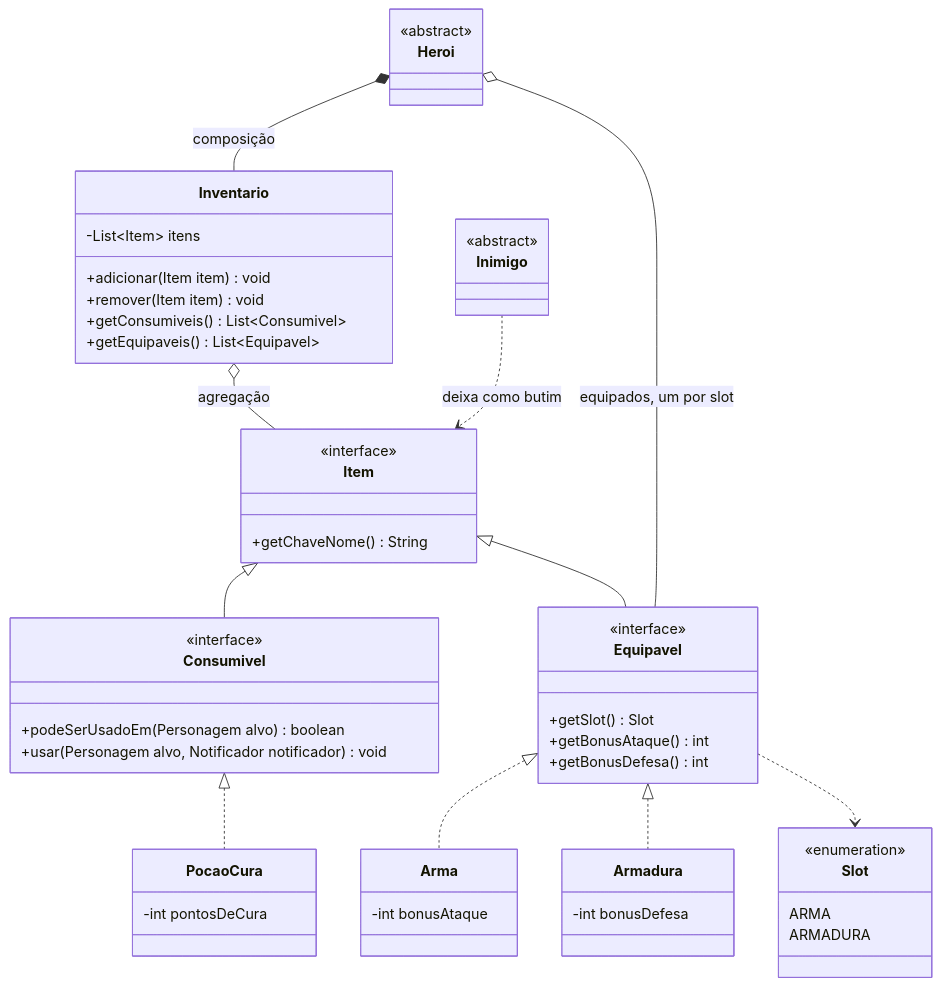
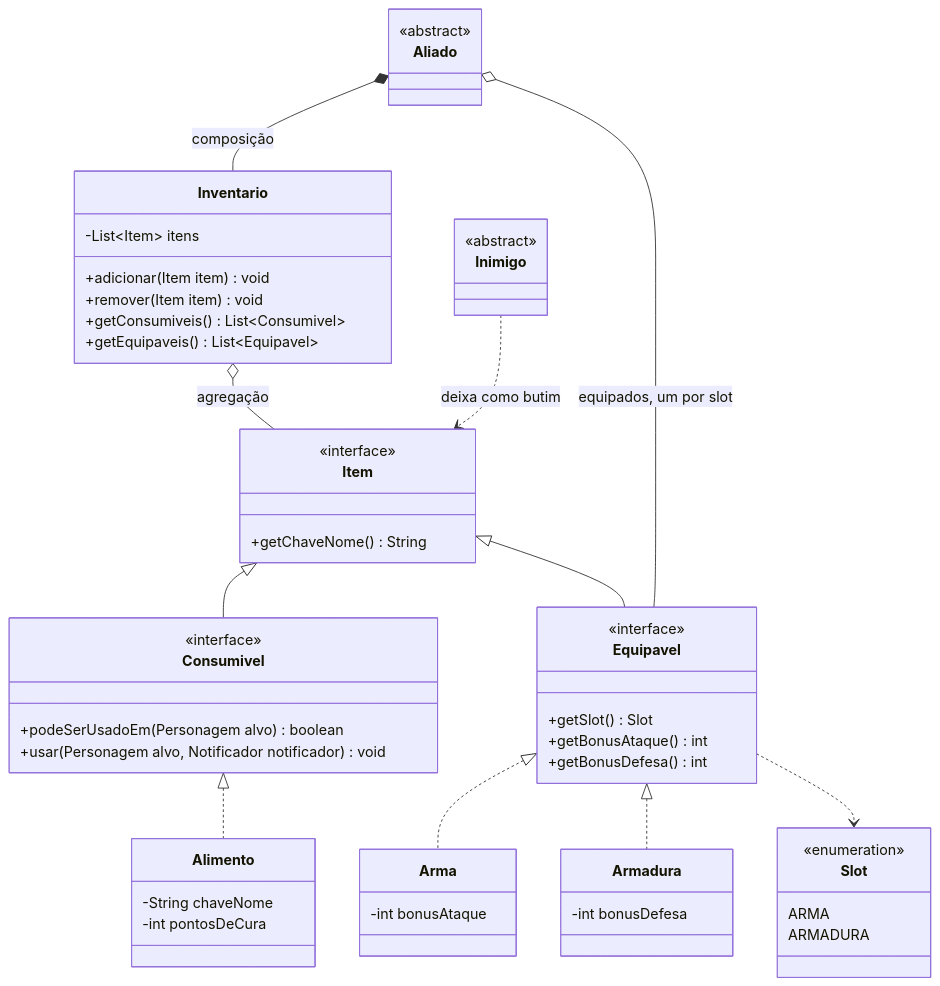
The second of 3 diagrams in README.md (KauaQueirz/meu-rpg-solid), drawn with Mermaid before and after one commit. The commit also changed other lines of this file and 36 other files, not shown here.

````diff
--- a/README.md
+++ b/README.md
@@ -177,56 +234,57 @@
 ```mermaid
 classDiagram
     class Item {
         <<interface>>
         +getChaveNome() String
     }
     class Consumivel {
         <<interface>>
         +podeSerUsadoEm(Personagem alvo) boolean
         +usar(Personagem alvo, Notificador notificador) void
     }
     class Equipavel {
         <<interface>>
         +getSlot() Slot
         +getBonusAtaque() int
         +getBonusDefesa() int
     }
     class Slot {
         <<enumeration>>
         ARMA
         ARMADURA
     }
-    class PocaoCura {
+    class Alimento {
+        -String chaveNome
         -int pontosDeCura
     }
     class Arma {
         -int bonusAtaque
     }
     class Armadura {
         -int bonusDefesa
     }
     class Inventario {
         -List~Item~ itens
         +adicionar(Item item) void
         +remover(Item item) void
         +getConsumiveis() List~Consumivel~
         +getEquipaveis() List~Equipavel~
     }
-    class Heroi {
+    class Aliado {
         <<abstract>>
     }
     class Inimigo {
         <<abstract>>
     }
 
     Item <|-- Consumivel
     Item <|-- Equipavel
-    Consumivel <|.. PocaoCura
+    Consumivel <|.. Alimento
     Equipavel <|.. Arma
     Equipavel <|.. Armadura
     Equipavel ..> Slot
-    Heroi *-- Inventario : composição
+    Aliado *-- Inventario : composição
     Inventario o-- Item : agregação
-    Heroi o-- Equipavel : equipados, um por slot
+    Aliado o-- Equipavel : equipados, um por slot
     Inimigo ..> Item : deixa como butim
 ```
````
